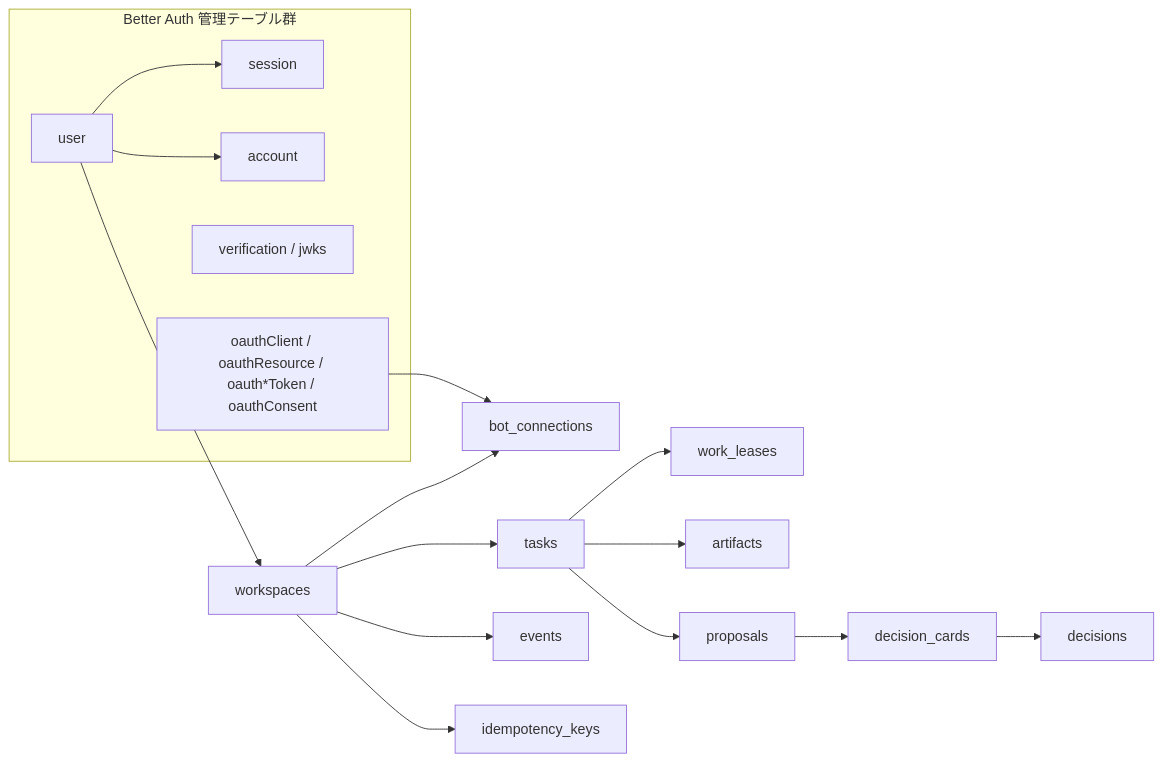
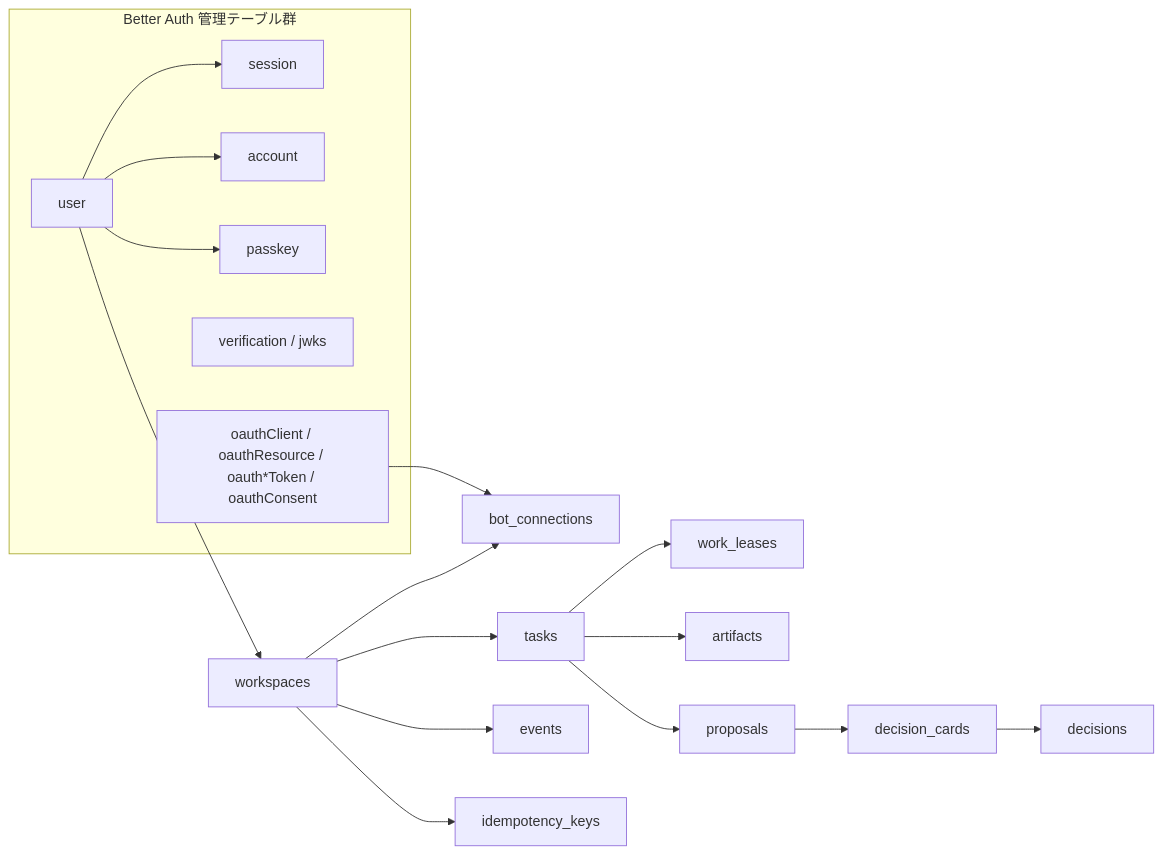
One commit to kkyosuke/bot-board changed the first of 4 diagrams in docs/data-and-state.md. Above: the diagram before and after it, drawn with Mermaid. The commit also changed other lines of this file and 37 other files, not shown here.

````diff
--- a/docs/data-and-state.md
+++ b/docs/data-and-state.md
@@ -7,21 +7,22 @@
 ```mermaid
 flowchart LR
   subgraph Auth["Better Auth 管理テーブル群"]
     US["user"] --> SE["session"]
     US --> AC["account"]
+    US --> PK["passkey"]
     VF["verification / jwks"]
     OA["oauthClient / oauthResource / oauth*Token / oauthConsent"]
   end
 
   US --> WS["workspaces"]
   OA --> BC["bot_connections"]
   WS --> BC
   WS --> TK["tasks"]
   TK --> WL["work_leases"]
   TK --> AR["artifacts"]
   TK --> PR["proposals"]
   PR --> DC["decision_cards"]
   DC --> DE["decisions"]
   WS --> EV["events"]
   WS --> IK["idempotency_keys"]
 ```
````
